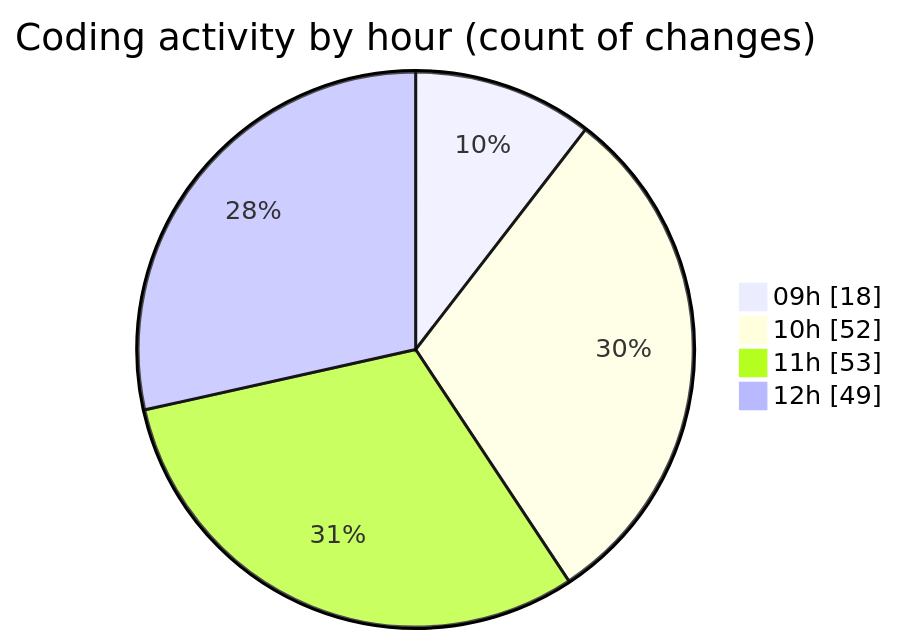
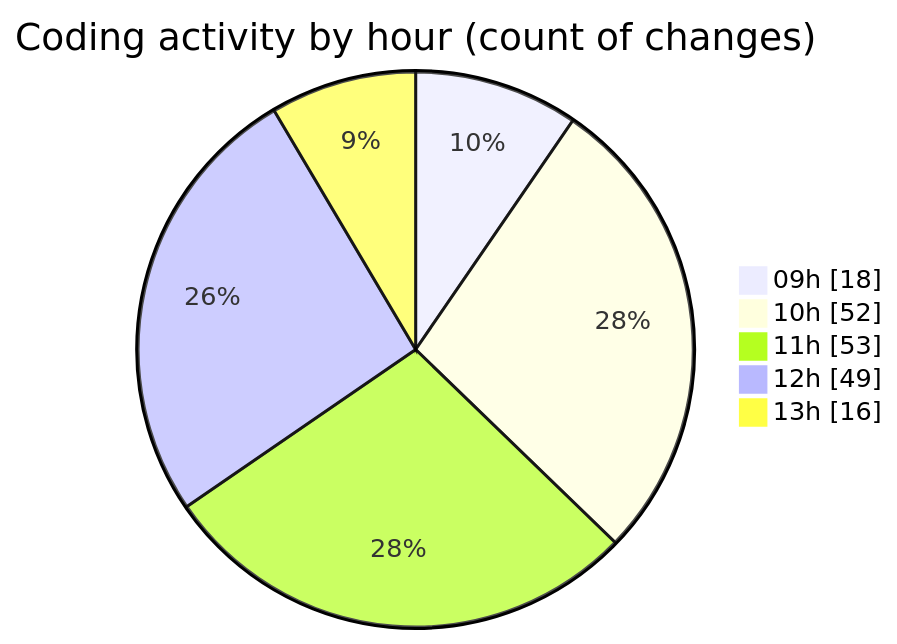
The second of 2 diagrams in 2025-03-21/cda/README.md (momahboobian/code-tracking), drawn with Mermaid before and after one commit. The commit also changed other lines of this file and 1 other file, not shown here.

````diff
--- a/2025-03-21/cda/README.md
+++ b/2025-03-21/cda/README.md
@@ -43,8 +51,9 @@
 ```mermaid
 pie showData
 title Coding activity by hour (count of changes)
 "09h" : 18
 "10h" : 52
 "11h" : 53
 "12h" : 49
+"13h" : 16
 ```
````
